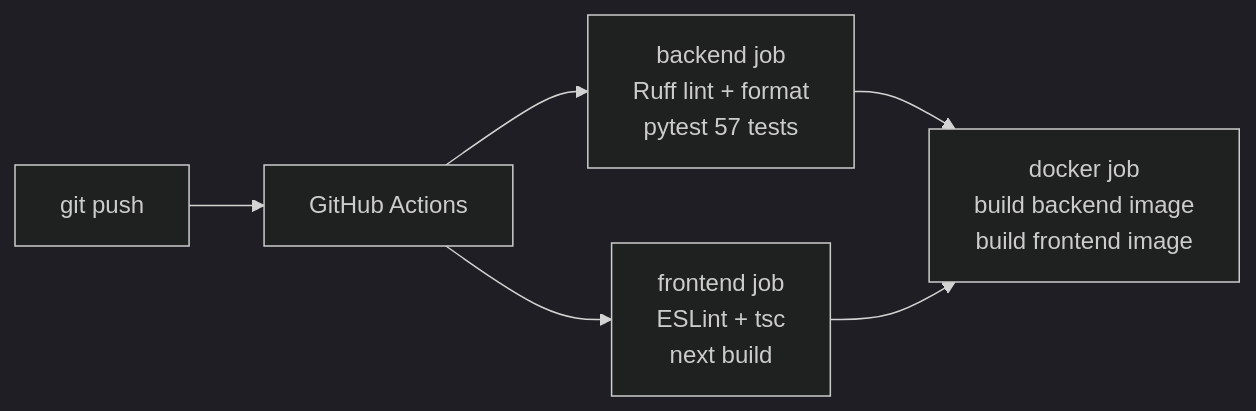
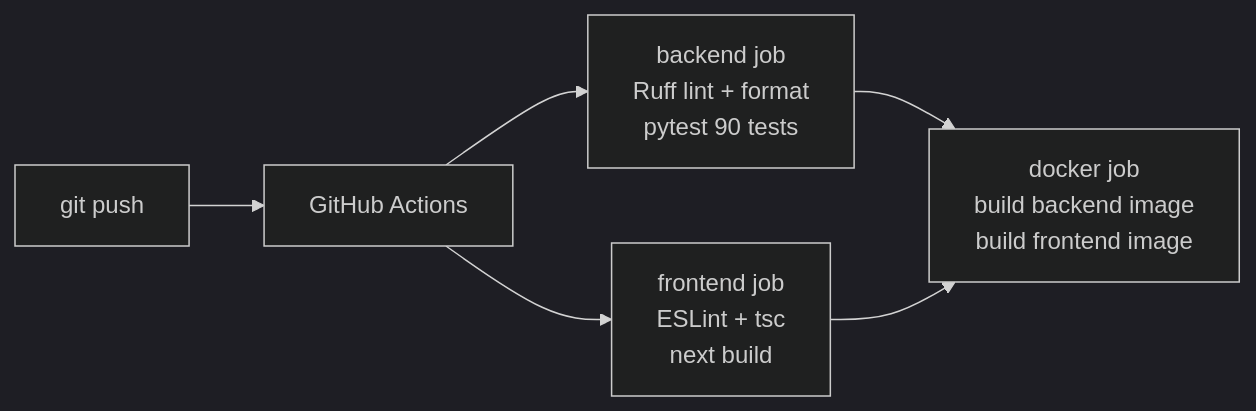
One commit to Dhvani16/ai-devops-configuration-reviewer changed the fifth of 5 diagrams in docs/ARCHITECTURE.md. Above: the diagram before and after it, drawn with Mermaid (dark theme). The commit also changed other lines of this file and 4 other files, not shown here.

````diff
--- a/docs/ARCHITECTURE.md
+++ b/docs/ARCHITECTURE.md
@@ -186,8 +231,8 @@
 ```mermaid
 flowchart LR
     Push[git push] --> Trigger[GitHub Actions]
-    Trigger --> Backend[backend job\nRuff lint + format\npytest 57 tests]
+    Trigger --> Backend[backend job\nRuff lint + format\npytest 90 tests]
     Trigger --> Frontend[frontend job\nESLint + tsc\nnext build]
     Backend --> Docker[docker job\nbuild backend image\nbuild frontend image]
     Frontend --> Docker
 ```
````
